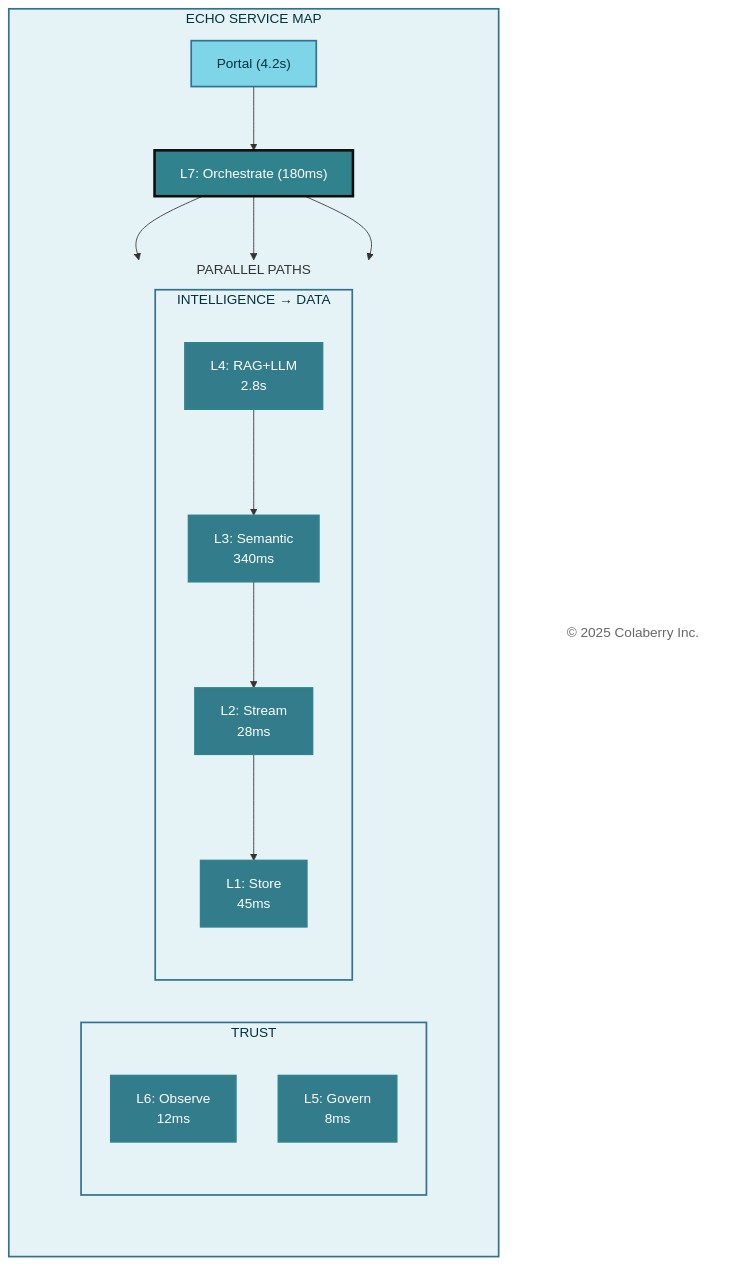
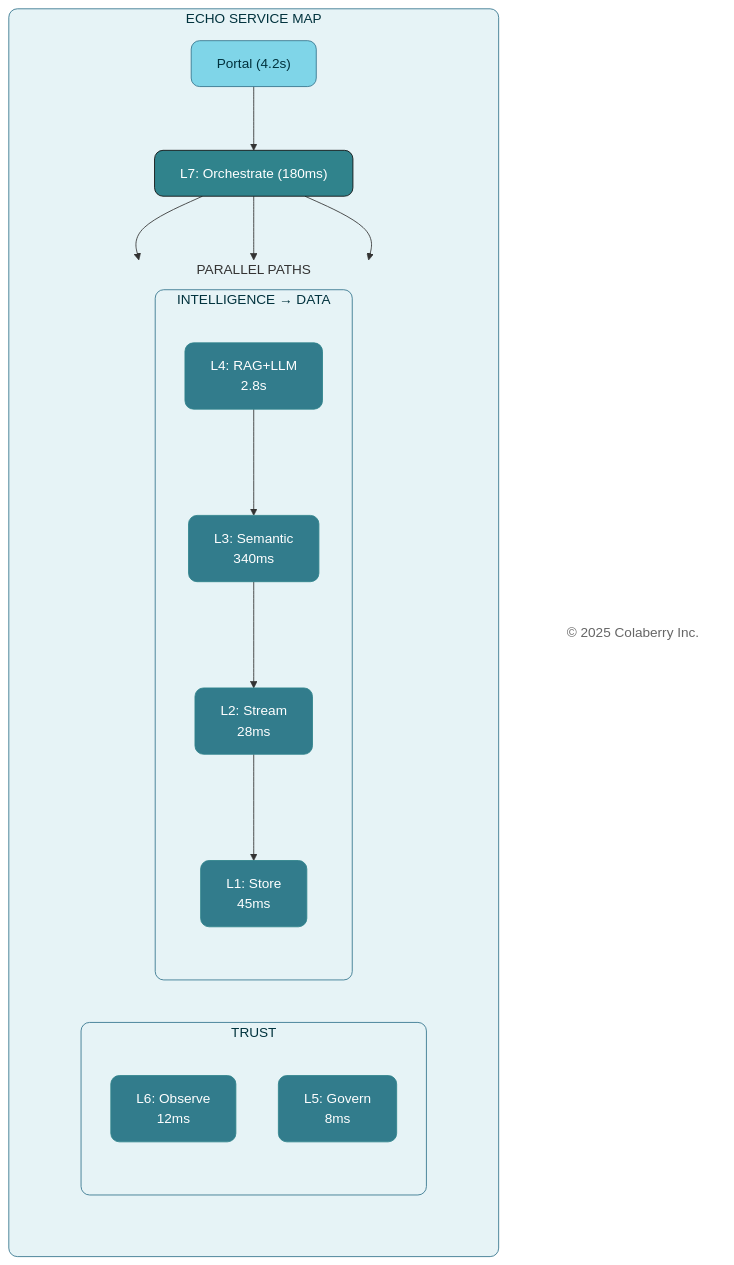
Before and after one commit to colaberry/trust-before-intelligence-book: the eighth of 14 diagrams in manuscript/07_chapter_6_transparency_orchestration_layers.md, drawn with Mermaid. The commit also changed other lines of this file and 12 other files, not shown here.

````diff
--- a/manuscript/07_chapter_6_transparency_orchestration_layers.md
+++ b/manuscript/07_chapter_6_transparency_orchestration_layers.md
@@ -674,49 +674,49 @@
 ```mermaid
 
 graph TB
     subgraph ECHO["ECHO SERVICE MAP"]
         direction TB
         UI["Portal (4.2s)"]
         L7["L7: Orchestrate (180ms)"]
         
         subgraph PARALLEL["PARALLEL PATHS"]
             direction LR
             subgraph TRUST["TRUST"]
                 direction TB
                 L6["L6: Observe<br/>12ms"]
                 L5["L5: Govern<br/>8ms"]
             end
             
             subgraph INTEL["INTELLIGENCE → DATA"]
                 direction TB
                 L4["L4: RAG+LLM<br/>2.8s"]
                 L3["L3: Semantic<br/>340ms"]
                 L2["L2: Stream<br/>28ms"]
                 L1["L1: Store<br/>45ms"]
                 L4 --> L3 --> L2 --> L1
             end
         end
     end
     
     Copyright["© 2025 Colaberry Inc."]
     
     UI --> L7
     L7 --> L6
     L7 --> L5
     L7 --> L4
     
-    style ECHO fill:#E6F3F6,stroke:#32738C,stroke-width:2px,color:#00323D
-    style PARALLEL fill:none,stroke:none
-    style TRUST fill:#E6F3F6,stroke:#32738C,stroke-width:2px,color:#00323D
-    style INTEL fill:#E6F3F6,stroke:#32738C,stroke-width:2px,color:#00323D
-    style UI fill:#7FD5E8,stroke:#32738C,stroke-width:2px,color:#00323D
-    style L7 fill:#30838C,color:#ffffff,stroke:#0D0D0D,stroke-width:3px
-    style L6 fill:#327C8C,stroke:#30838C,stroke-width:2px,color:#ffffff
-    style L5 fill:#327C8C,stroke:#30838C,stroke-width:2px,color:#ffffff
-    style L4 fill:#327C8C,stroke:#30838C,stroke-width:2px,color:#ffffff
-    style L3 fill:#327C8C,stroke:#30838C,stroke-width:2px,color:#ffffff
-    style L2 fill:#327C8C,stroke:#30838C,stroke-width:2px,color:#ffffff
-    style L1 fill:#327C8C,stroke:#30838C,stroke-width:2px,color:#ffffff
-    style Copyright fill:#ffffff,stroke:none,color:#666666
+    style ECHO fill:#E6F3F6,stroke:#32738C,stroke-width:1px,color:#00323D,rx:10,ry:10
+    style PARALLEL fill:none,stroke:none,rx:10,ry:10
+    style TRUST fill:#E6F3F6,stroke:#32738C,stroke-width:1px,color:#00323D,rx:10,ry:10
+    style INTEL fill:#E6F3F6,stroke:#32738C,stroke-width:1px,color:#00323D,rx:10,ry:10
+    style UI fill:#7FD5E8,stroke:#32738C,stroke-width:1px,color:#00323D,rx:10,ry:10
+    style L7 fill:#30838C,color:#ffffff,stroke:#0D0D0D,stroke-width:1px,rx:10,ry:10
+    style L6 fill:#327C8C,stroke:#30838C,stroke-width:1px,color:#ffffff,rx:10,ry:10
+    style L5 fill:#327C8C,stroke:#30838C,stroke-width:1px,color:#ffffff,rx:10,ry:10
+    style L4 fill:#327C8C,stroke:#30838C,stroke-width:1px,color:#ffffff,rx:10,ry:10
+    style L3 fill:#327C8C,stroke:#30838C,stroke-width:1px,color:#ffffff,rx:10,ry:10
+    style L2 fill:#327C8C,stroke:#30838C,stroke-width:1px,color:#ffffff,rx:10,ry:10
+    style L1 fill:#327C8C,stroke:#30838C,stroke-width:1px,color:#ffffff,rx:10,ry:10
+    style Copyright fill:none,stroke:none,color:#666666
 
 ```
````
